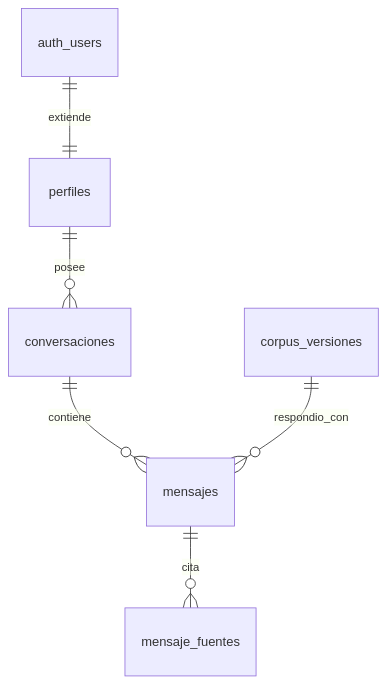
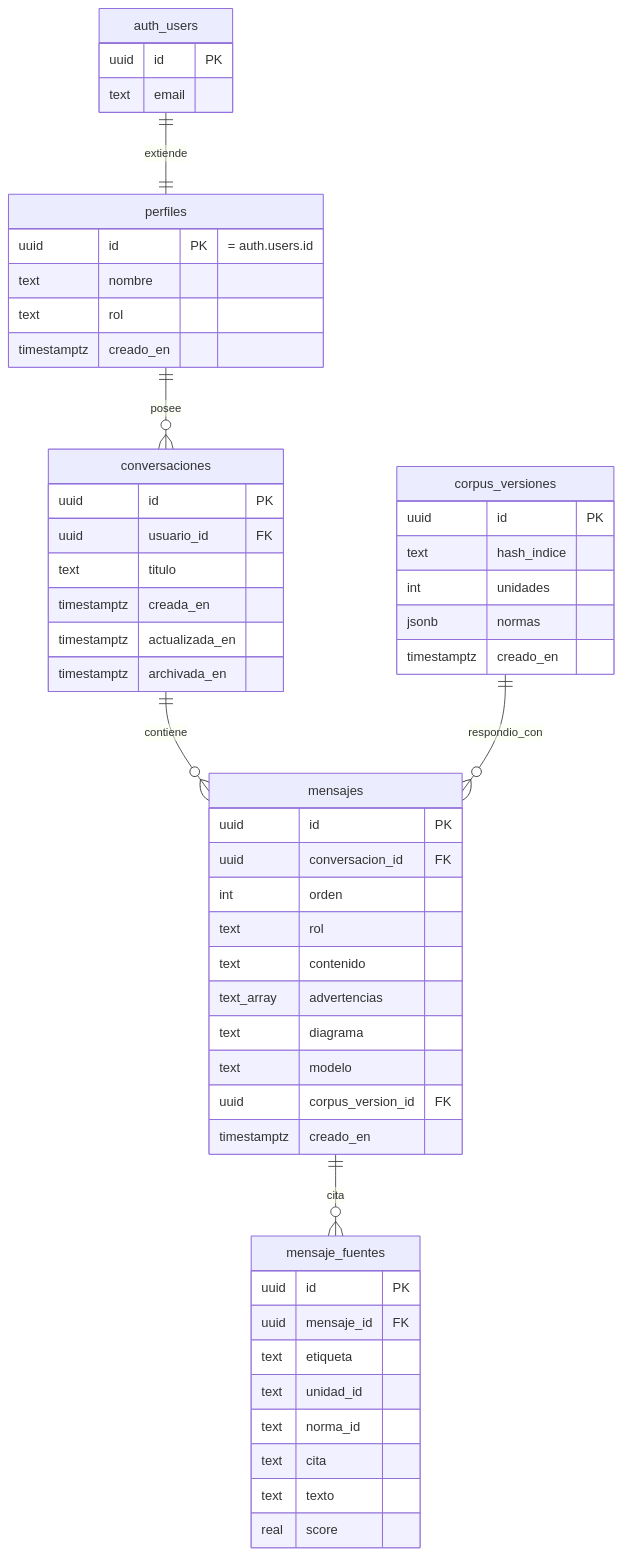
The diagram in docs/DATOS.md (lucumango/compliance-agent), drawn with Mermaid before and after one commit.

Commit message:
Completar el diagrama ER con los atributos de cada tabla
Verificado compilándolo con mermaid-cli: 'PK_FK' no existe en la
gramática de Mermaid y rompía el parseo. Se sustituye por PK con el
comentario que aclara que es a la vez clave foránea a auth.users.

````diff
--- a/docs/DATOS.md
+++ b/docs/DATOS.md
@@ -23,8 +23,56 @@
 ```mermaid
 erDiagram
     auth_users ||--|| perfiles : "extiende"
     perfiles ||--o{ conversaciones : "posee"
     conversaciones ||--o{ mensajes : "contiene"
     mensajes ||--o{ mensaje_fuentes : "cita"
     corpus_versiones ||--o{ mensajes : "respondio_con"
+
+    auth_users {
+        uuid id PK
+        text email
+    }
+    perfiles {
+        uuid id PK "= auth.users.id"
+        text nombre
+        text rol
+        timestamptz creado_en
+    }
+    conversaciones {
+        uuid id PK
+        uuid usuario_id FK
+        text titulo
+        timestamptz creada_en
+        timestamptz actualizada_en
+        timestamptz archivada_en
+    }
+    mensajes {
+        uuid id PK
+        uuid conversacion_id FK
+        int orden
+        text rol
+        text contenido
+        text_array advertencias
+        text diagrama
+        text modelo
+        uuid corpus_version_id FK
+        timestamptz creado_en
+    }
+    mensaje_fuentes {
+        uuid id PK
+        uuid mensaje_id FK
+        text etiqueta
+        text unidad_id
+        text norma_id
+        text cita
+        text texto
+        real score
+    }
+    corpus_versiones {
+        uuid id PK
+        text hash_indice
+        int unidades
+        jsonb normas
+        timestamptz creado_en
+    }
 ```
````
